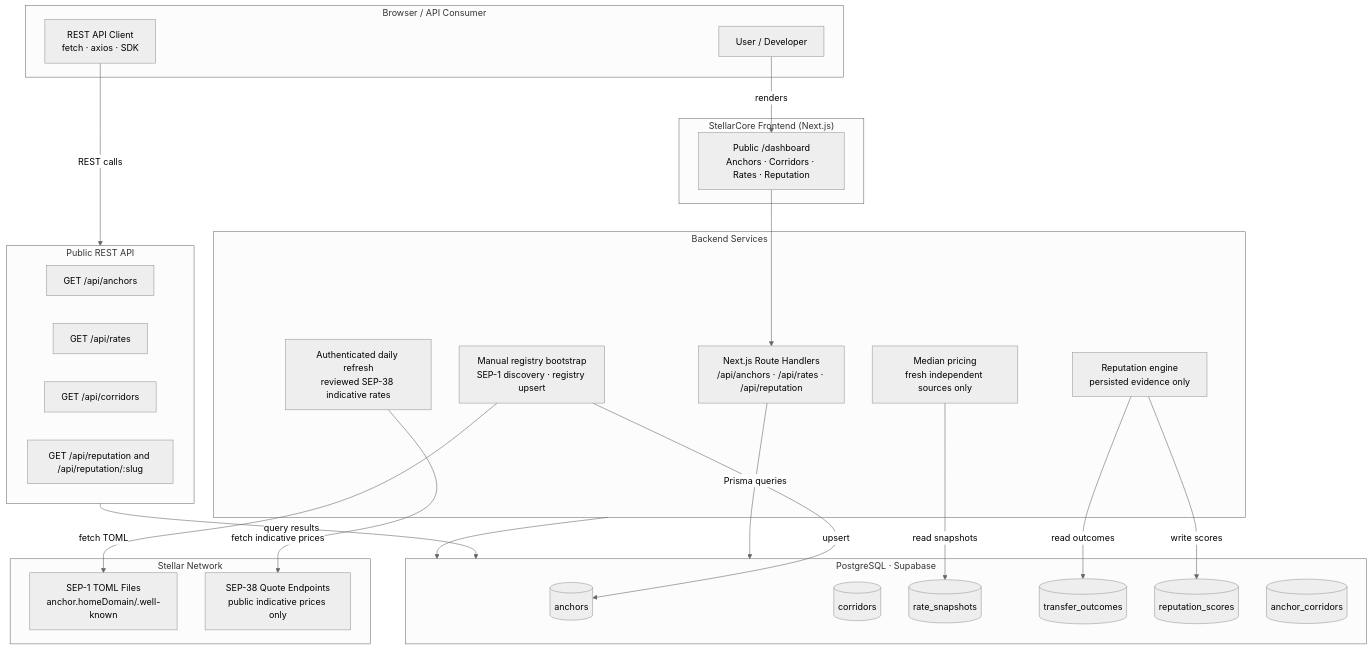
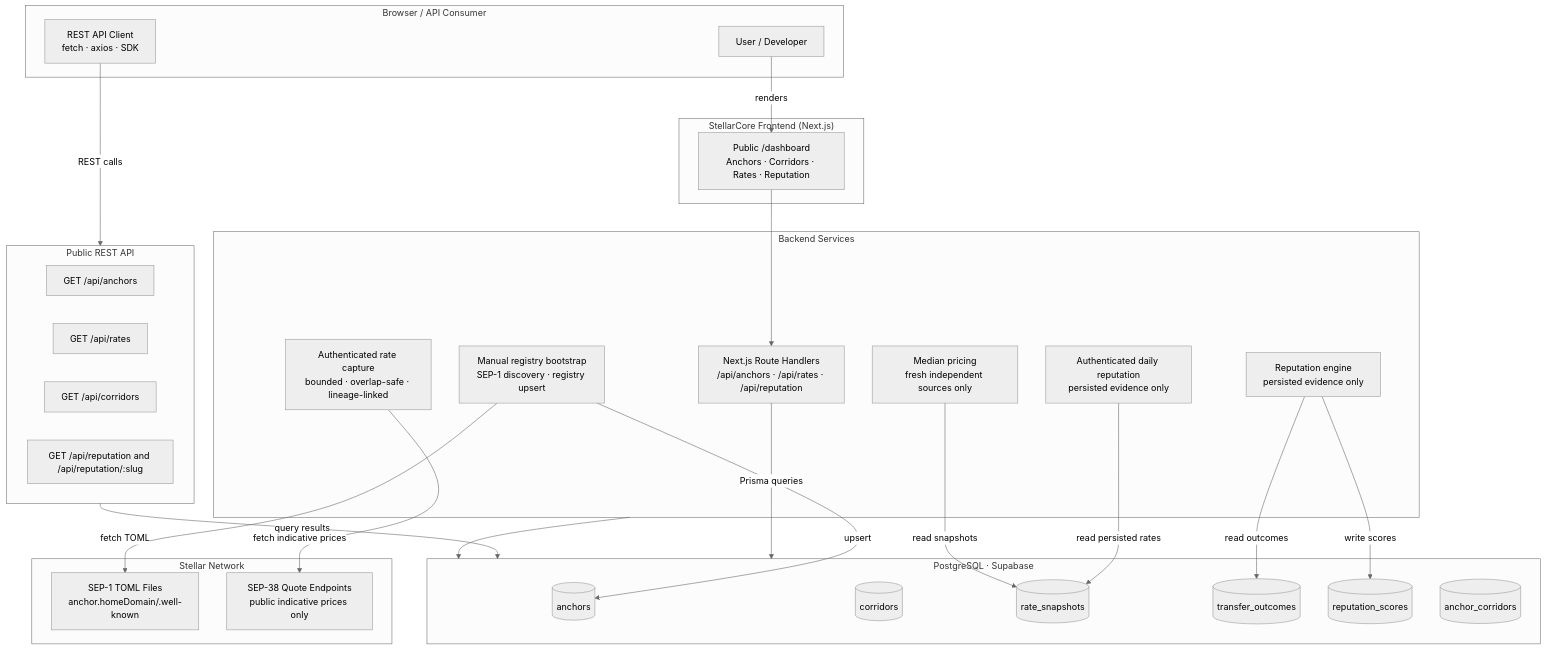
Before and after one commit to Aboyeji-Isaac/StellarCore: the diagram in README.md, drawn with Mermaid (neutral theme). The commit also changed other lines of this file and 44 other files, not shown here.

First line of the commit message:
feat: split rate capture from daily reputation evaluation and align cadence with freshness

````diff
--- a/README.md
+++ b/README.md
@@ -44,53 +44,55 @@
 ```mermaid
 graph TB
     subgraph FE["StellarCore Frontend (Next.js)"]
         UI["Public /dashboard\nAnchors · Corridors · Rates · Reputation"]
     end
 
     subgraph BROWSER["Browser / API Consumer"]
         USER["User / Developer"]
         CLIENT["REST API Client\nfetch · axios · SDK"]
     end
 
     subgraph BACKEND["Backend Services"]
         BOOTSTRAP["Manual registry bootstrap\nSEP-1 discovery · registry upsert"]
-        REFRESH["Authenticated daily refresh\nreviewed SEP-38 indicative rates"]
+        CAPTURE["Authenticated rate capture\nbounded · overlap-safe · lineage-linked"]
+        REFRESH["Authenticated daily reputation\npersisted evidence only"]
         REPENG["Reputation engine\npersisted evidence only"]
         MEDIAN["Median pricing\nfresh independent sources only"]
         ROUTES["Next.js Route Handlers\n/api/anchors · /api/rates · /api/reputation"]
     end
 
     subgraph DB["PostgreSQL · Supabase"]
         ANCHORS[("anchors")]
         CORRIDORS[("corridors")]
         RATES[("rate_snapshots")]
         OUTCOMES[("transfer_outcomes")]
         SCORES[("reputation_scores")]
         JUNCTION[("anchor_corridors")]
     end
 
     subgraph PUBAPI["Public REST API"]
         PA1["GET /api/anchors"]
         PA2["GET /api/rates"]
         PA3["GET /api/corridors"]
         PA4["GET /api/reputation and /api/reputation/:slug"]
     end
 
     subgraph STELLAR["Stellar Network"]
         TOML["SEP-1 TOML Files\nanchor.homeDomain/.well-known"]
         SEP38["SEP-38 Quote Endpoints\npublic indicative prices only"]
     end
 
     USER -->|renders| UI
     UI --> ROUTES
     CLIENT -->|REST calls| PUBAPI
     ROUTES -->|Prisma queries| DB
     PUBAPI -->|query results| DB
     BOOTSTRAP -->|fetch TOML| TOML
-    REFRESH -->|fetch indicative prices| SEP38
+    CAPTURE -->|fetch indicative prices| SEP38
+    REFRESH -->|read persisted rates| RATES
     REPENG -->|read outcomes| OUTCOMES
     REPENG -->|write scores| SCORES
     MEDIAN -->|read snapshots| RATES
     BOOTSTRAP -->|upsert| ANCHORS
     BACKEND --> DB
 ```
````
